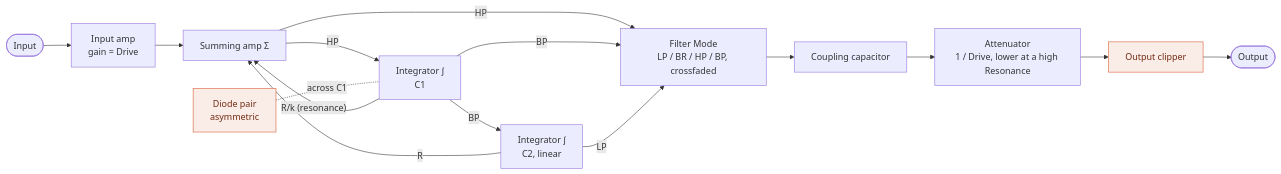
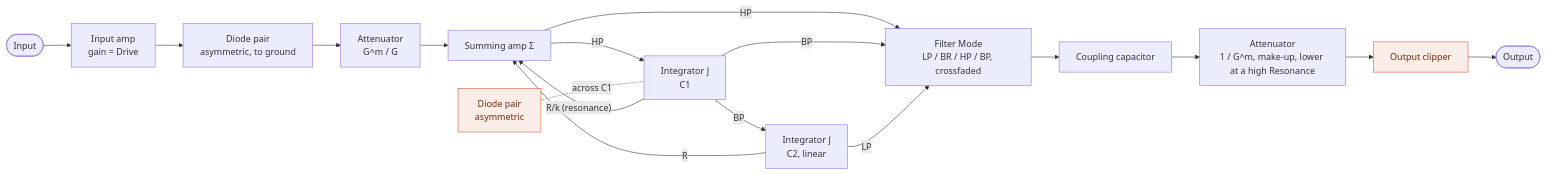
Before and after one commit to risgk/digital-synth-pra32-u2: the third of 10 diagrams in PRA32-U2-Block-Diagrams.md, drawn with Mermaid. The commit also changed other lines of this file and 3 other files, not shown here.

Commit message:
Filter Drive shared between the input (a soft clip) and the loop (the square root of the gain), with a make-up gain

````diff
--- a/PRA32-U2-Block-Diagrams.md
+++ b/PRA32-U2-Block-Diagrams.md
@@ -109,19 +115,21 @@
 ```mermaid
 flowchart LR
     IN([Input]) --> IA["Input amp<br/>gain = Drive"]
-    IA --> A1["Summing amp Σ"]
+    IA --> ID["Diode pair<br/>asymmetric, to ground"]
+    ID --> IB["Attenuator<br/>G^m / G"]
+    IB --> A1["Summing amp Σ"]
     A1 -->|HP| A2["Integrator ∫<br/>C1"]
     D["Diode pair<br/>asymmetric"] -.-|across C1| A2
     A2 -->|BP| A3["Integrator ∫<br/>C2, linear"]
     A1 -->|HP| MS["Filter Mode<br/>LP / BR / HP / BP, crossfaded"]
     A2 -->|BP| MS
     A3 -->|LP| MS
     MS --> CC["Coupling capacitor"]
-    CC --> OA["Attenuator<br/>1 / Drive, lower at a high Resonance"]
+    CC --> OA["Attenuator<br/>1 / G^m, make-up, lower at a high Resonance"]
     OA --> LIM["Output clipper"]
     LIM --> OUT([Output])
     A2 -->|"R/k (resonance)"| A1
     A3 -->|R| A1
     classDef nl fill:#FAECE7,stroke:#D85A30,color:#712B13
     class D,LIM nl
 ```
````
